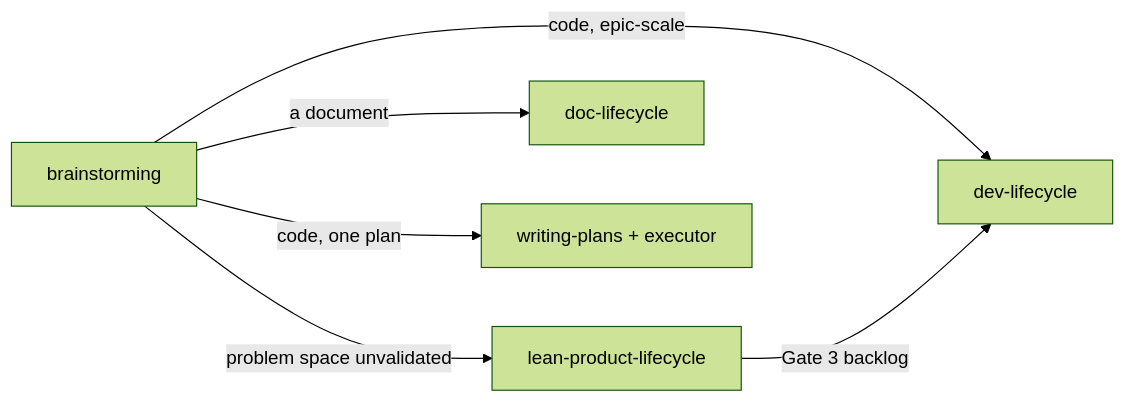
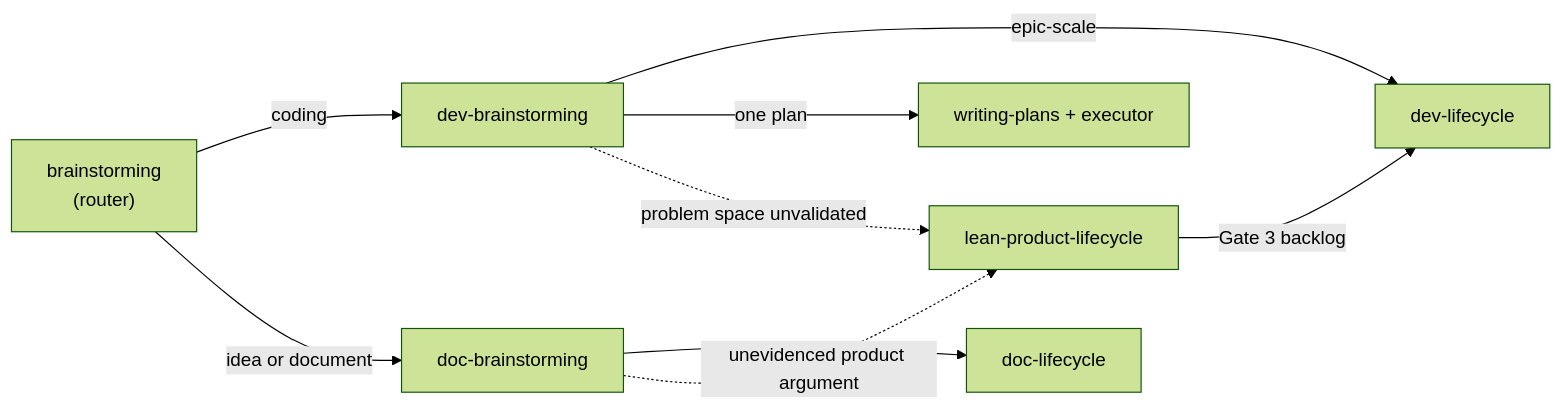
The fourth of 4 diagrams in docs/lifecycles.en.md (DanhDue/ai-agent-tools), drawn with Mermaid (forest theme) before and after one commit. The commit also changed other lines of this file and 5 other files, not shown here.

````diff
--- a/docs/lifecycles.en.md
+++ b/docs/lifecycles.en.md
@@ -151,14 +160,19 @@
 ```mermaid
 flowchart LR
-    BS["brainstorming"]
+    BS["brainstorming<br/>(router)"]
+    DEVB["dev-brainstorming"]
+    DOCB["doc-brainstorming"]
     LEAN["lean-product-lifecycle"]
     DEV["dev-lifecycle"]
     DOC["doc-lifecycle"]
     PLANS["writing-plans + executor"]
 
-    BS -->|"problem space unvalidated"| LEAN
-    BS -->|"code, epic-scale"| DEV
-    BS -->|"code, one plan"| PLANS
-    BS -->|"a document"| DOC
+    BS -->|"coding"| DEVB
+    BS -->|"idea or document"| DOCB
+    DEVB -->|"epic-scale"| DEV
+    DEVB -->|"one plan"| PLANS
+    DOCB --> DOC
+    DEVB -.->|"problem space unvalidated"| LEAN
+    DOCB -.->|"unevidenced product argument"| LEAN
     LEAN -->|"Gate 3 backlog"| DEV
 ```
````
